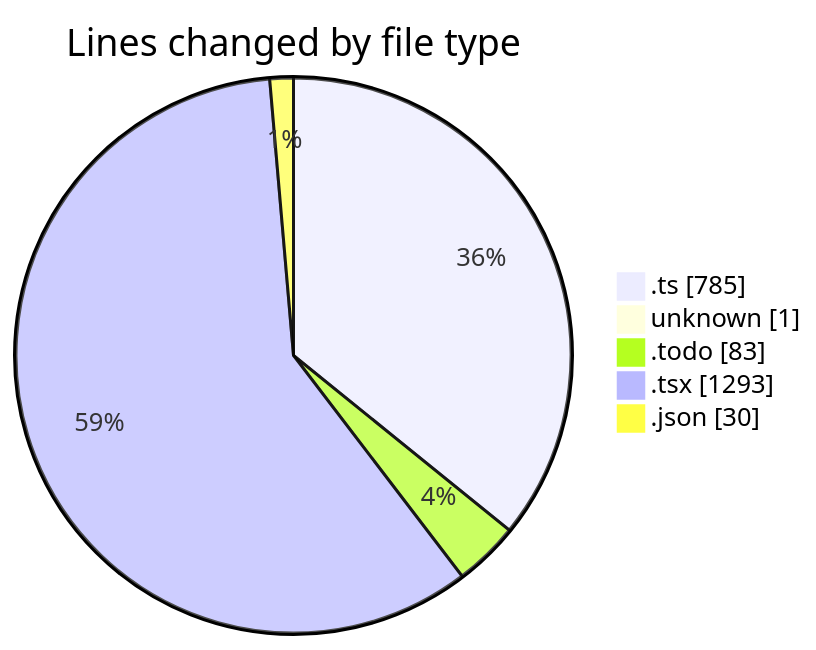
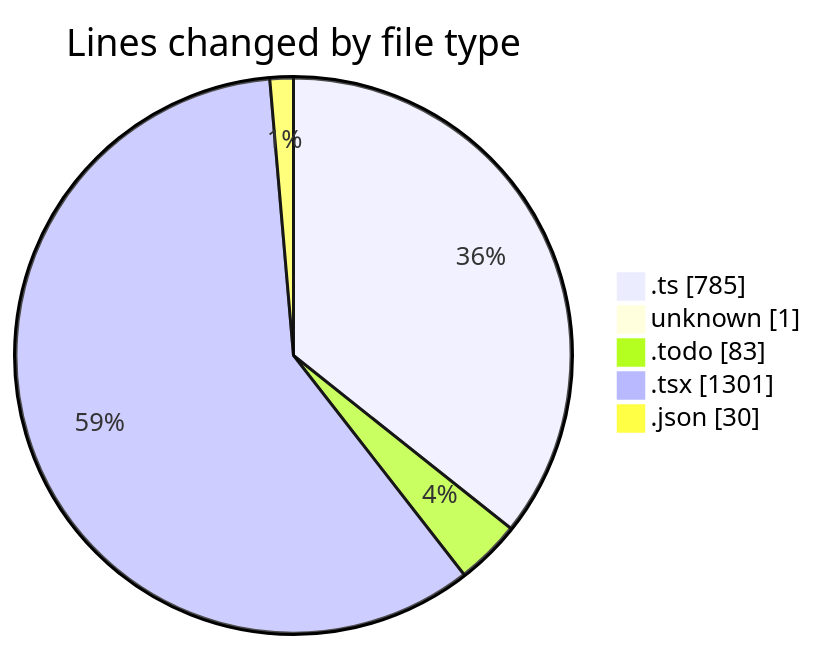
One commit to CELIANVF/code-tracking changed the first of 2 diagrams in 2025-05-21/ecodeli-1/README.md. Above: the diagram before and after it, drawn with Mermaid. The commit also changed other lines of this file and 1 other file, not shown here.

````diff
--- a/2025-05-21/ecodeli-1/README.md
+++ b/2025-05-21/ecodeli-1/README.md
@@ -37,9 +37,9 @@
 ```mermaid
 pie showData
 title Lines changed by file type
 ".ts" : 785
 "unknown" : 1
 ".todo" : 83
-".tsx" : 1293
+".tsx" : 1301
 ".json" : 30
 ```
````
